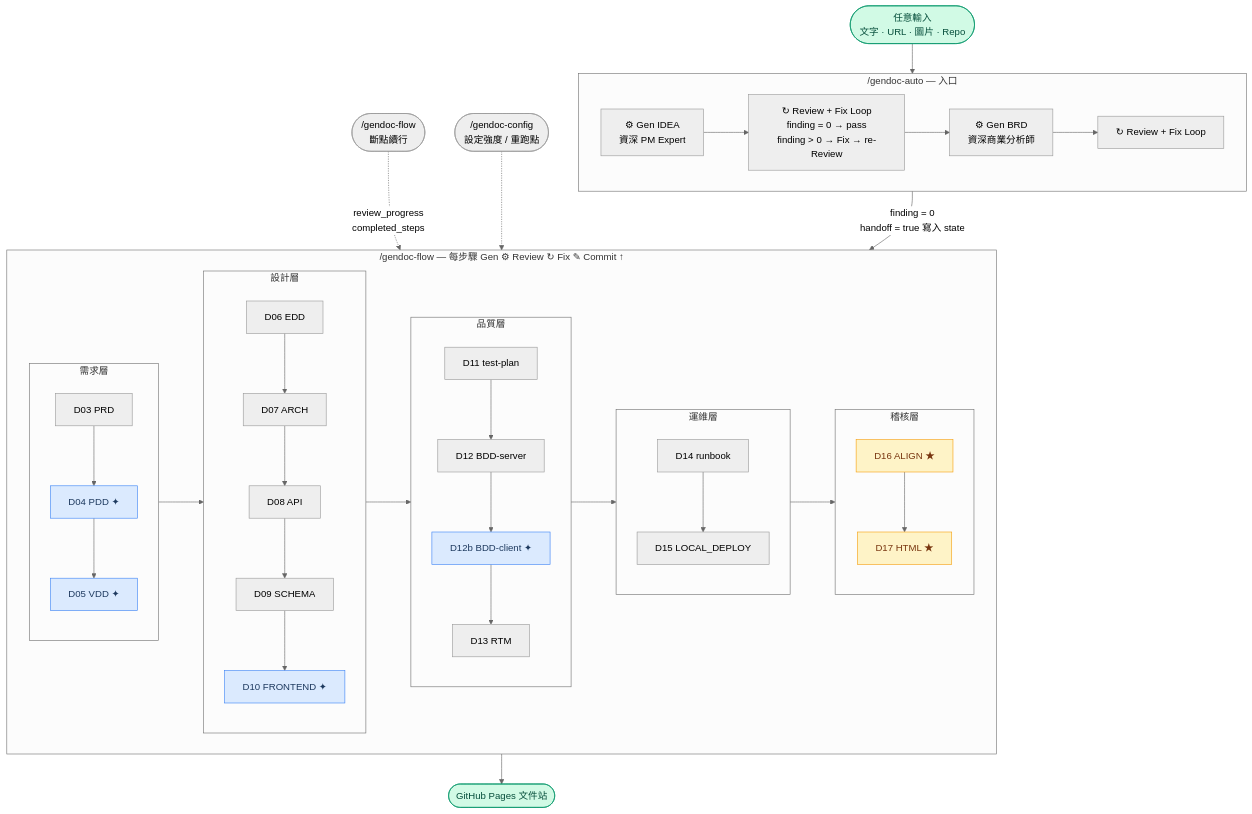
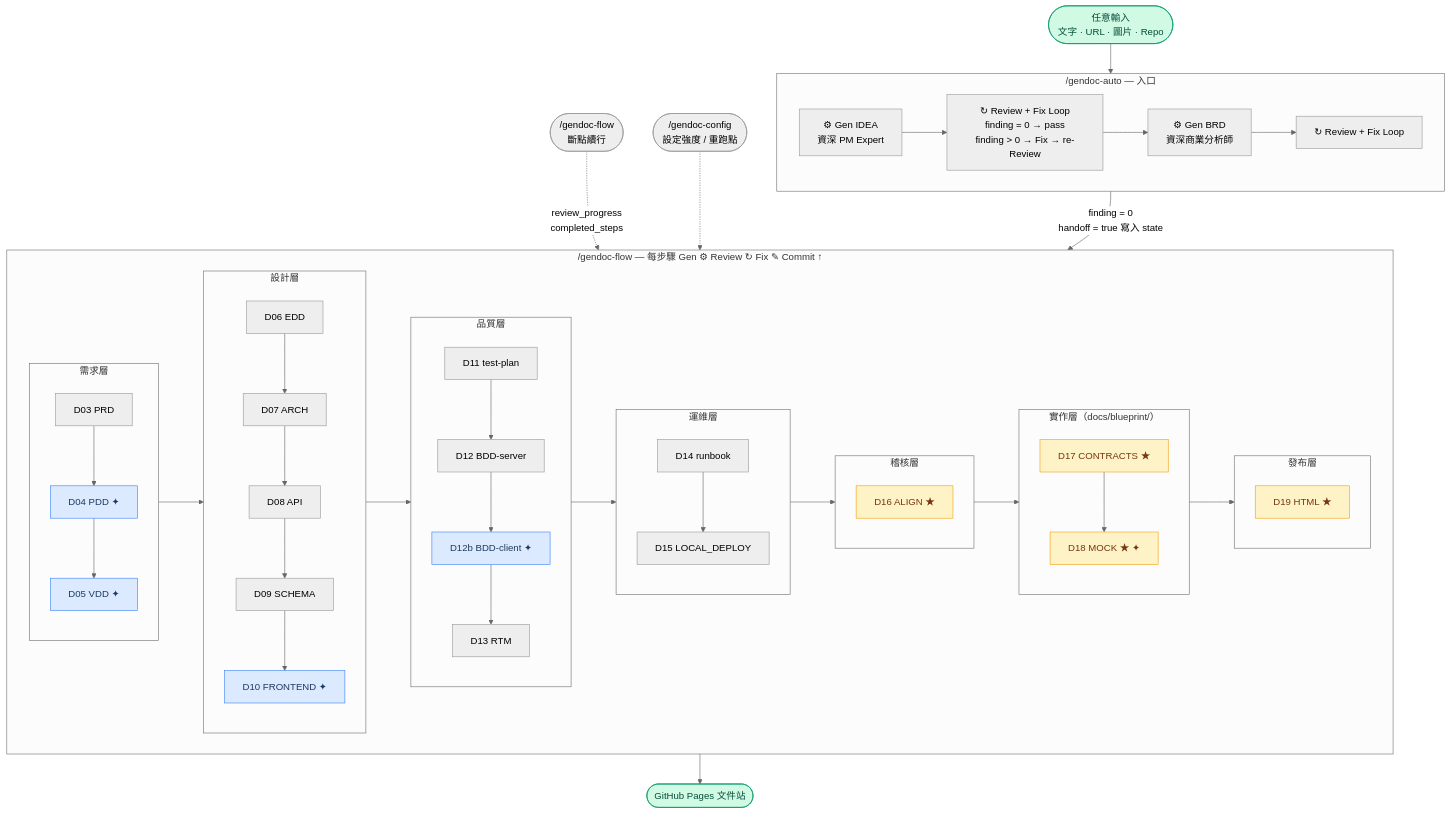
One commit to ibalasite/gendoc changed the second of 4 diagrams in docs/PRD.md. Above: the diagram before and after it, drawn with Mermaid (neutral theme). The commit also changed other lines of this file and 4 other files, not shown here.

First line of the commit message:
docs(gendoc): v2.1 — D17-CONTRACTS + D18-MOCK pipeline restructure

````diff
--- a/docs/PRD.md
+++ b/docs/PRD.md
@@ -432,44 +435,50 @@
 ```mermaid
 flowchart TD
     INPUT([任意輸入\n文字 · URL · 圖片 · Repo]) --> AUTO
 
     subgraph AUTO["/gendoc-auto — 入口"]
         direction LR
         G1["⚙ Gen IDEA\n資深 PM Expert"] --> R1["↻ Review + Fix Loop\nfinding = 0 → pass\nfinding > 0 → Fix → re-Review"]
         R1 --> G2["⚙ Gen BRD\n資深商業分析師"]
         G2 --> R2["↻ Review + Fix Loop"]
     end
 
     R2 -->|"finding = 0\nhandoff = true 寫入 state"| FLOW
 
     subgraph FLOW["/gendoc-flow — 每步驟 Gen ⚙ Review ↻ Fix ✎ Commit ↑"]
         subgraph REQ["需求層"]
             D03["D03 PRD"] --> D04["D04 PDD ✦"] --> D05["D05 VDD ✦"]
         end
         subgraph DES["設計層"]
             D06["D06 EDD"] --> D07["D07 ARCH"] --> D08["D08 API"] --> D09["D09 SCHEMA"] --> D10["D10 FRONTEND ✦"]
         end
         subgraph QA["品質層"]
             D11["D11 test-plan"] --> D12["D12 BDD-server"] --> D12b["D12b BDD-client ✦"] --> D13["D13 RTM"]
         end
         subgraph OPS["運維層"]
             D14["D14 runbook"] --> D15["D15 LOCAL_DEPLOY"]
         end
         subgraph AUDIT["稽核層"]
-            D16["D16 ALIGN ★"] --> D17["D17 HTML ★"]
+            D16["D16 ALIGN ★"]
         end
-        REQ --> DES --> QA --> OPS --> AUDIT
+        subgraph IMPL["實作層（docs/blueprint/）"]
+            D17["D17 CONTRACTS ★"] --> D18["D18 MOCK ★ ✦"]
+        end
+        subgraph PUB["發布層"]
+            D19["D19 HTML ★"]
+        end
+        REQ --> DES --> QA --> OPS --> AUDIT --> IMPL --> PUB
     end
 
     FLOW --> DONE([GitHub Pages 文件站])
 
     RESUME(["/gendoc-flow\n斷點續行"]) -.->|"review_progress\ncompleted_steps"| FLOW
     CONFIG(["/gendoc-config\n設定強度 / 重跑點"]) -.-> FLOW
 
     classDef condNode fill:#dbeafe,stroke:#3b82f6,color:#1e3a5f
     classDef specNode fill:#fef3c7,stroke:#f59e0b,color:#78350f
     classDef ioNode fill:#d1fae5,stroke:#059669,color:#064e3b
-    class D04,D05,D10,D12b condNode
-    class D16,D17 specNode
+    class D04,D05,D10,D12b,D18 condNode
+    class D16,D17,D18,D19 specNode
     class INPUT,DONE ioNode
 ```
````
